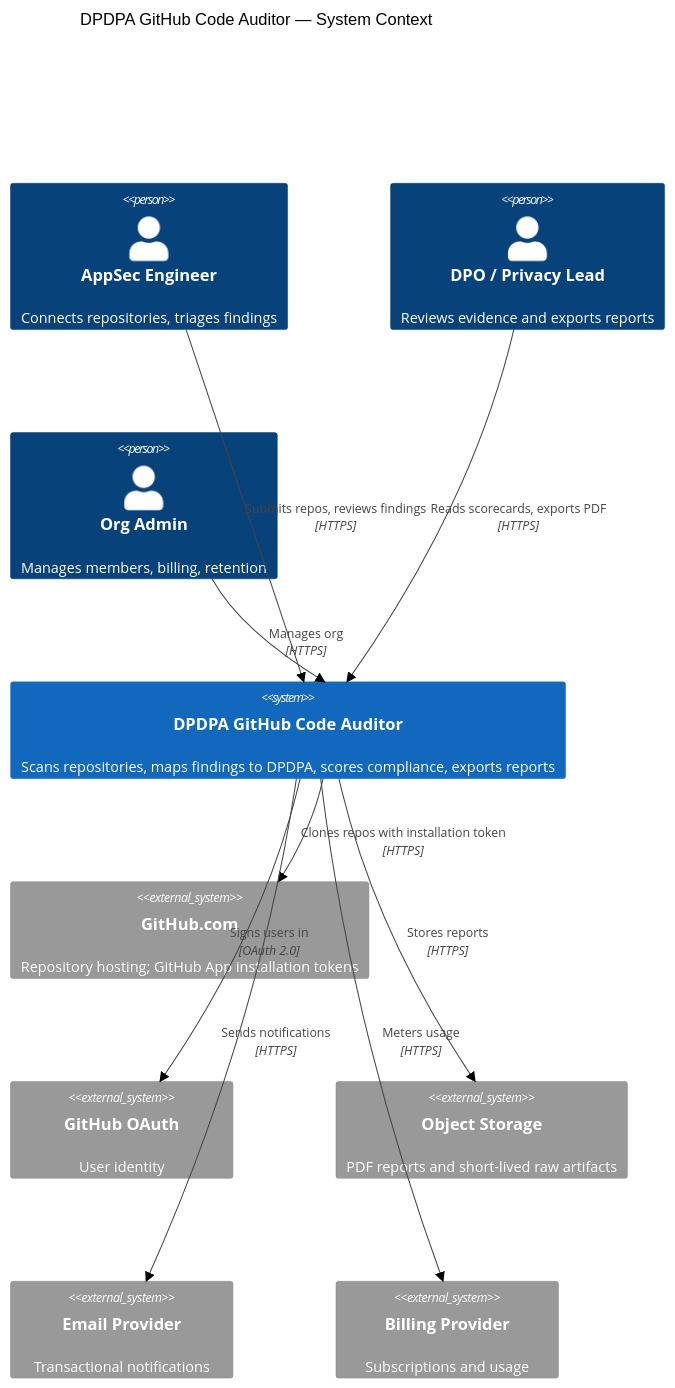
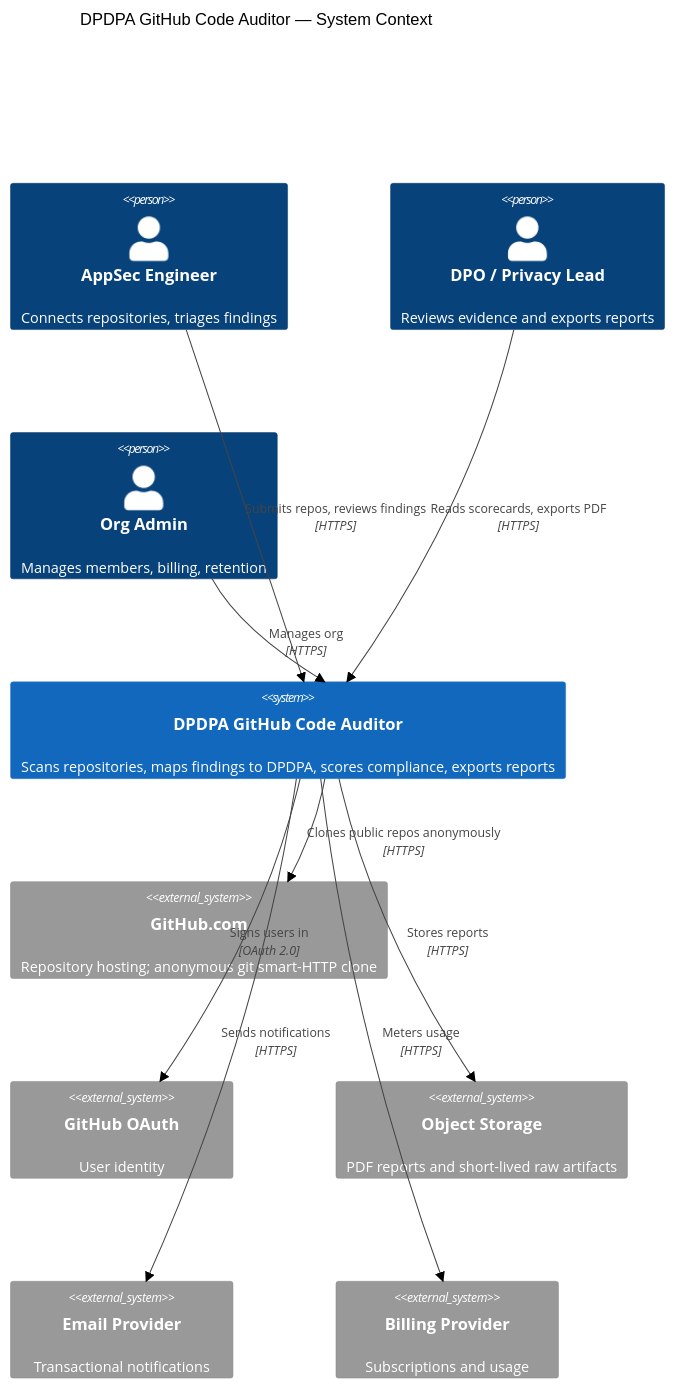
The first of 4 diagrams in docs/architecture.md (darshan192004/dpdp-auditor), drawn with Mermaid (neutral theme) before and after one commit. The commit also changed other lines of this file, not shown here.

First line of the commit message:
docs: rework scan lifecycle for anonymous URL-only public scanning (ADR-011)

````diff
--- a/docs/architecture.md
+++ b/docs/architecture.md
@@ -37,25 +37,25 @@
 ```mermaid
 C4Context
   title DPDPA GitHub Code Auditor — System Context
 
   Person(engineer, "AppSec Engineer", "Connects repositories, triages findings")
   Person(dpo, "DPO / Privacy Lead", "Reviews evidence and exports reports")
   Person(admin, "Org Admin", "Manages members, billing, retention")
 
   System(auditor, "DPDPA GitHub Code Auditor", "Scans repositories, maps findings to DPDPA, scores compliance, exports reports")
 
-  System_Ext(github, "GitHub.com", "Repository hosting; GitHub App installation tokens")
+  System_Ext(github, "GitHub.com", "Repository hosting; anonymous git smart-HTTP clone")
   System_Ext(idp, "GitHub OAuth", "User identity")
   System_Ext(s3, "Object Storage", "PDF reports and short-lived raw artifacts")
   System_Ext(email, "Email Provider", "Transactional notifications")
   System_Ext(billing, "Billing Provider", "Subscriptions and usage")
 
   Rel(engineer, auditor, "Submits repos, reviews findings", "HTTPS")
   Rel(dpo, auditor, "Reads scorecards, exports PDF", "HTTPS")
   Rel(admin, auditor, "Manages org", "HTTPS")
-  Rel(auditor, github, "Clones repos with installation token", "HTTPS")
+  Rel(auditor, github, "Clones public repos anonymously", "HTTPS")
   Rel(auditor, idp, "Signs users in", "OAuth 2.0")
   Rel(auditor, s3, "Stores reports", "HTTPS")
   Rel(auditor, email, "Sends notifications", "HTTPS")
   Rel(auditor, billing, "Meters usage", "HTTPS")
 ```
````
